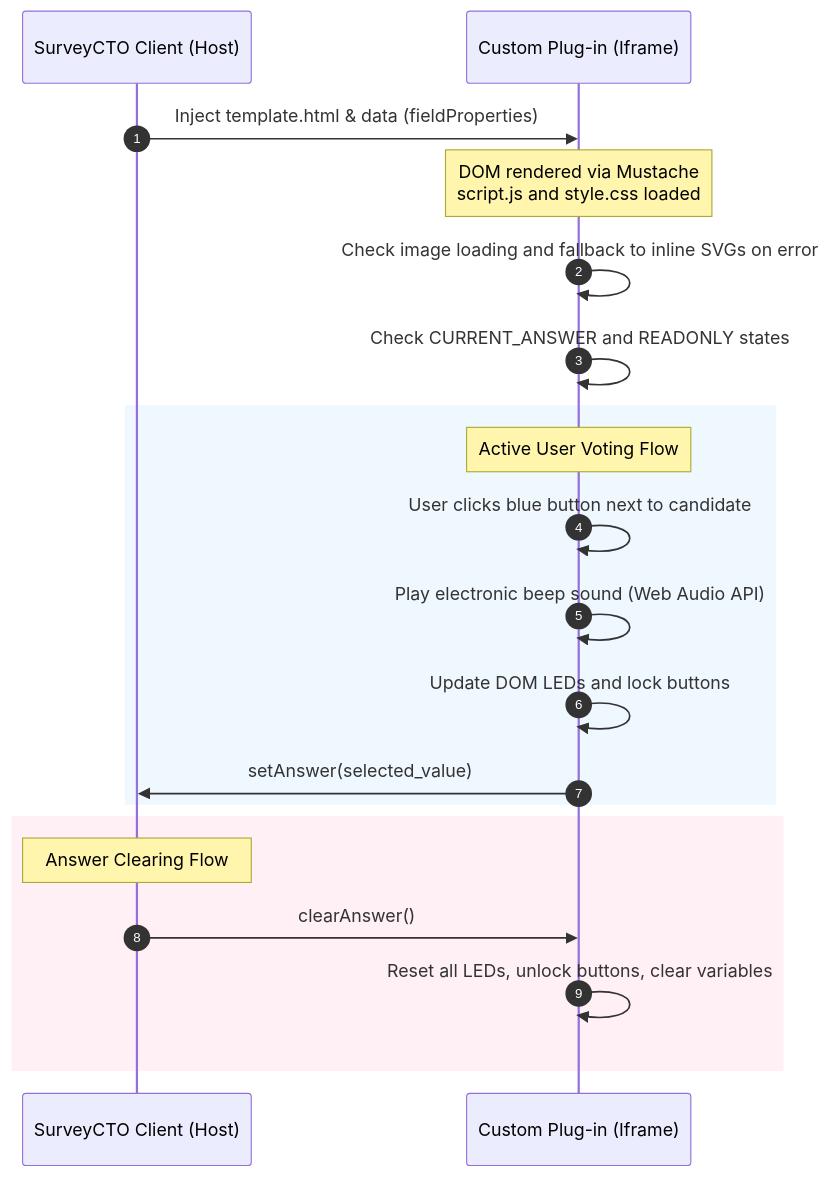
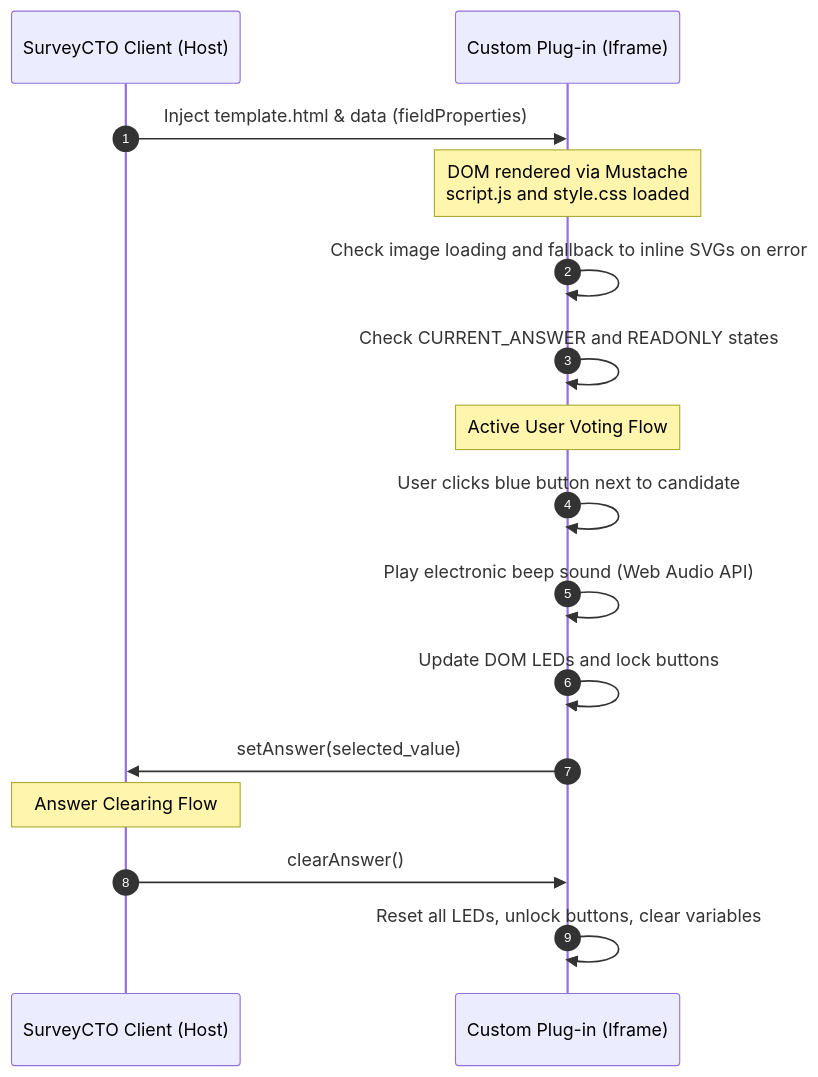
One commit to GeekLord/SurveyCTO_Voting_EVM changed the second of 2 diagrams in README.md. Above: the diagram before and after it, drawn with Mermaid. The commit also changed 15 other files, not shown here.

Commit message:
feat: add party logos and update voting forms and documentation flow

````diff
--- a/README.md
+++ b/README.md
@@ -154,25 +154,21 @@
 ```mermaid
 sequenceDiagram
     autonumber
     participant Host as SurveyCTO Client (Host)
     participant Iframe as Custom Plug-in (Iframe)
     
     Host->>Iframe: Inject template.html & data (fieldProperties)
     Note over Iframe: DOM rendered via Mustache<br/>script.js and style.css loaded
     Iframe->>Iframe: Check image loading and fallback to inline SVGs on error
     Iframe->>Iframe: Check CURRENT_ANSWER and READONLY states
     
-    rect rgb(240, 248, 255)
-        Note over Iframe: Active User Voting Flow
-        Iframe->>Iframe: User clicks blue button next to candidate
-        Iframe->>Iframe: Play electronic beep sound (Web Audio API)
-        Iframe->>Iframe: Update DOM LEDs and lock buttons
-        Iframe->>Host: setAnswer(selected_value)
-    end
+    Note over Iframe: Active User Voting Flow
+    Iframe->>Iframe: User clicks blue button next to candidate
+    Iframe->>Iframe: Play electronic beep sound (Web Audio API)
+    Iframe->>Iframe: Update DOM LEDs and lock buttons
+    Iframe->>Host: setAnswer(selected_value)
     
-    rect rgb(255, 240, 245)
-        Note over Host: Answer Clearing Flow
-        Host->>Iframe: clearAnswer()
-        Iframe->>Iframe: Reset all LEDs, unlock buttons, clear variables
-    end
+    Note over Host: Answer Clearing Flow
+    Host->>Iframe: clearAnswer()
+    Iframe->>Iframe: Reset all LEDs, unlock buttons, clear variables
 ```
````
